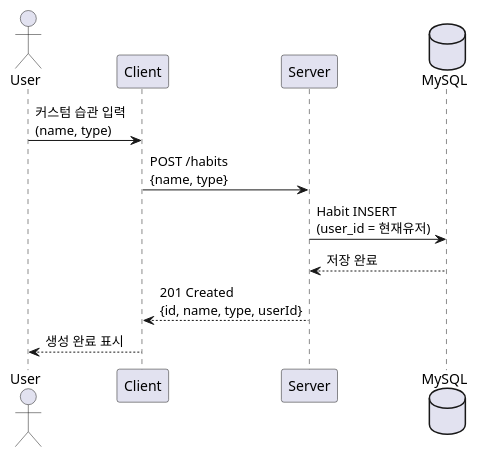
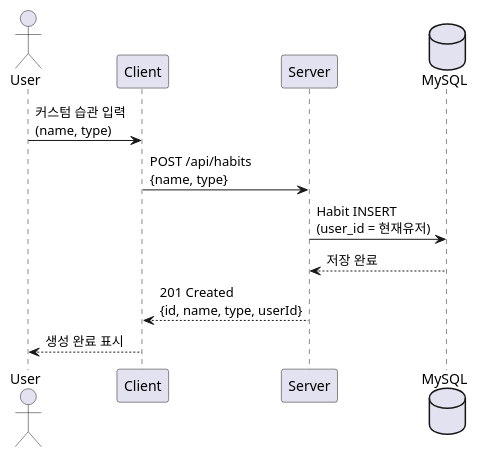
The sixth of 29 diagrams in docs/sequence-diagram.md (daily-one-page/daily-one-page-backend), drawn with PlantUML before and after one commit. The commit also changed other lines of this file and 38 other files, not shown here.

First line of the commit message:
docs: Sync API spec, ERD, Sequence Diagram and add Postman Collection

````diff
--- a/docs/sequence-diagram.md
+++ b/docs/sequence-diagram.md
@@ -166,16 +166,16 @@
 ```plantuml
 @startuml 커스텀 습관 생성
 actor User
 participant Client
 participant Server
 database MySQL
 
 User -> Client: 커스텀 습관 입력\n(name, type)
-Client -> Server: POST /habits\n{name, type}
+Client -> Server: POST /api/habits\n{name, type}
 Server -> MySQL: Habit INSERT\n(user_id = 현재유저)
 MySQL --> Server: 저장 완료
 Server --> Client: 201 Created\n{id, name, type, userId}
 Client --> User: 생성 완료 표시
 
 @enduml
 ```
````
